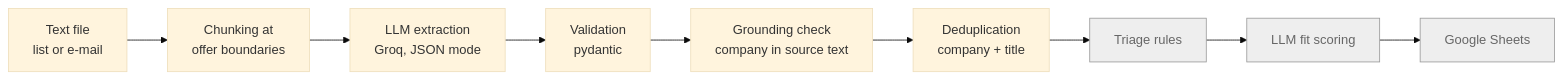
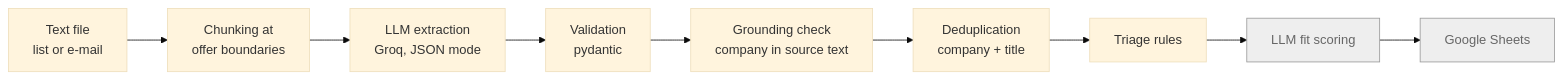
One commit to F-Korpik/job-agent changed the diagram in README.md. Above: the diagram before and after it, drawn with Mermaid (base theme). The commit also changed other lines of this file and 1 other file, not shown here.

````diff
--- a/README.md
+++ b/README.md
@@ -15,14 +15,14 @@
 ```mermaid
 flowchart LR
     A[Text file<br/>list or e-mail] --> B[Chunking at<br/>offer boundaries]
     B --> C[LLM extraction<br/>Groq, JSON mode]
     C --> D[Validation<br/>pydantic]
     D --> E[Grounding check<br/>company in source text]
     E --> F[Deduplication<br/>company + title]
     F --> G[Triage rules]
     G --> H[LLM fit scoring]
     H --> I[Google Sheets]
 
     classDef todo fill:#eee,stroke:#999,color:#666
-    class G,H,I todo
+    class H,I todo
 ```
````
